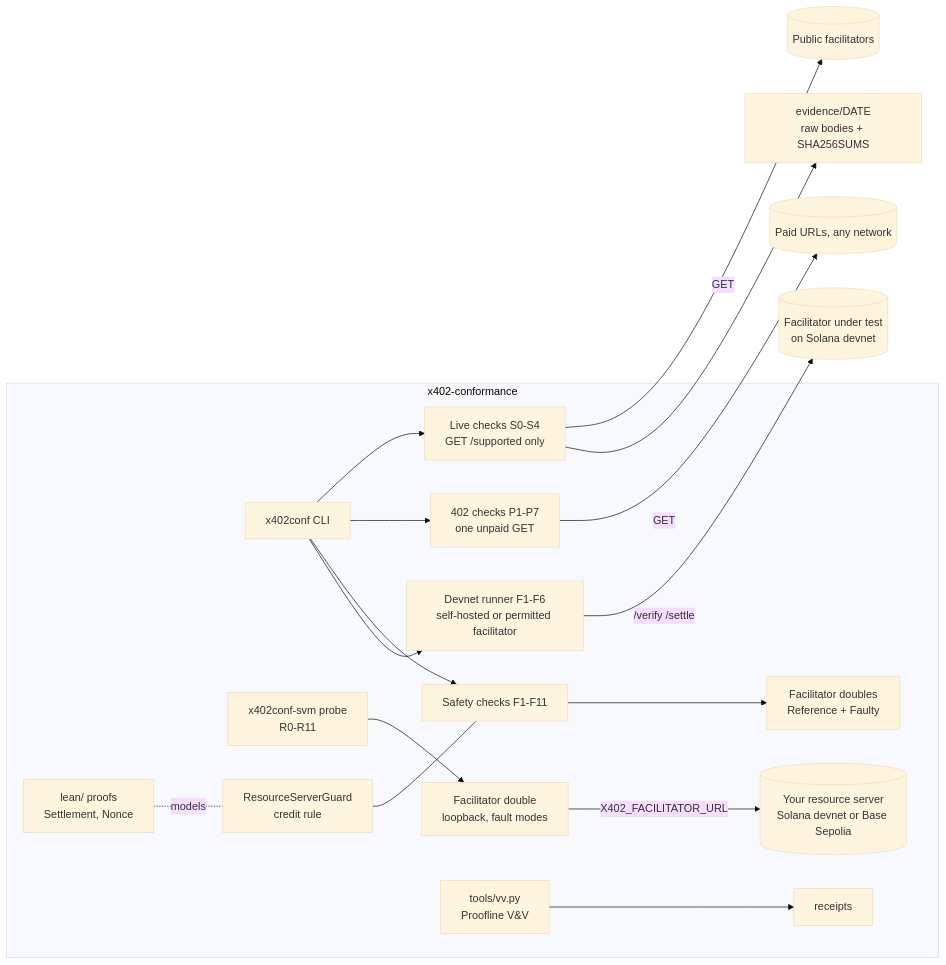
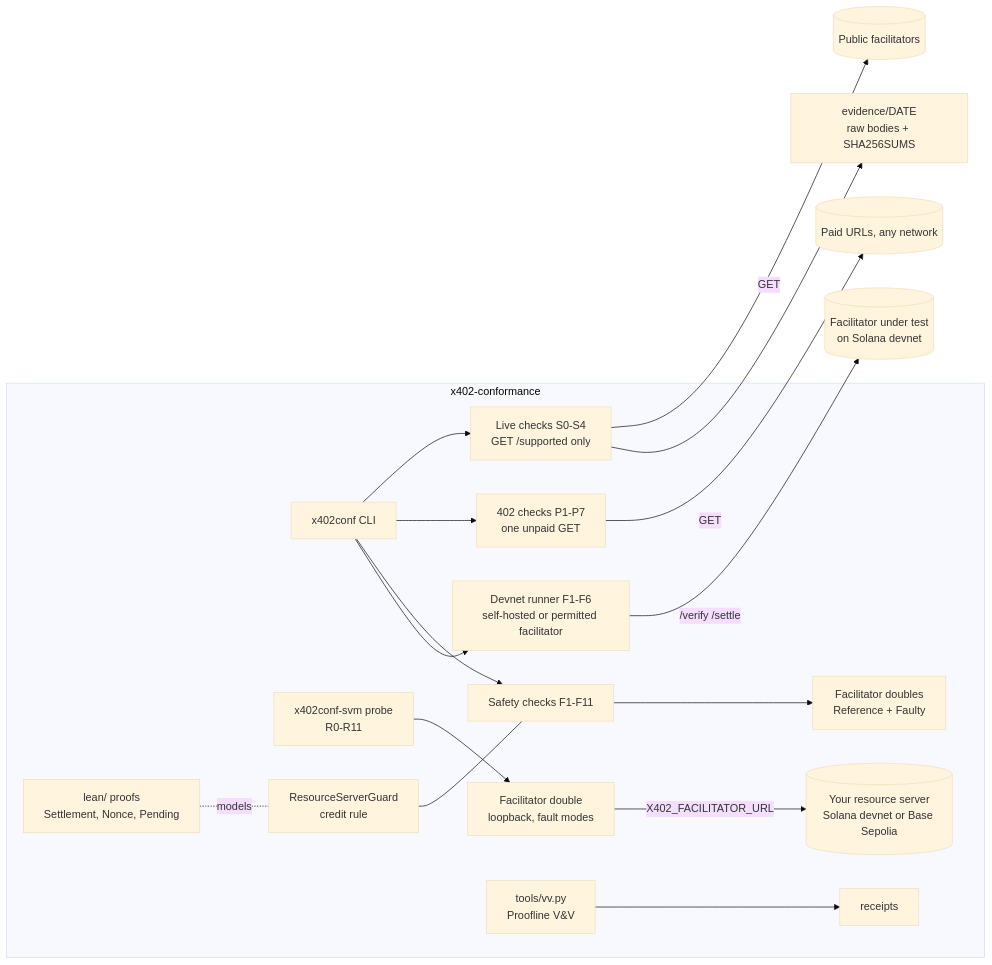
One commit to actions-marketplace-validations/atsp-protocol_x402-conformance changed the diagram in docs/ARCHITECTURE.md. Above: the diagram before and after it, drawn with Mermaid (base theme). The commit also changed other lines of this file and 8 other files, not shown here.

First line of the commit message:
Docs: sync README, USING, ARCHITECTURE, SPEC, CONTRIBUTING and the project page with main

````diff
--- a/docs/ARCHITECTURE.md
+++ b/docs/ARCHITECTURE.md
@@ -5,19 +5,19 @@
 ```mermaid
 flowchart LR
   subgraph suite[x402-conformance]
     CLI[x402conf CLI] --> LIVE[Live checks S0-S4<br/>GET /supported only]
     CLI --> RES[402 checks P1-P7<br/>one unpaid GET]
     PROBE[x402conf-svm probe<br/>R0-R11] --> DBL[Facilitator double<br/>loopback, fault modes]
     DBL -->|X402_FACILITATOR_URL| RS[(Your resource server<br/>Solana devnet or Base Sepolia)]
     CLI --> OFF[Safety checks F1-F11]
     OFF --> DOUBLES[Facilitator doubles<br/>Reference + Faulty]
     CLI --> DEVNET[Devnet runner F1-F6<br/>self-hosted or permitted facilitator]
     GUARD[ResourceServerGuard<br/>credit rule] --- OFF
-    LEAN[lean/ proofs<br/>Settlement, Nonce] -. models .- GUARD
+    LEAN[lean/ proofs<br/>Settlement, Nonce, Pending] -. models .- GUARD
     VV[tools/vv.py<br/>Proofline V&V] --> RCPT[receipts]
   end
   LIVE -->|GET| PUB[(Public facilitators)]
   RES -->|GET| PAID[(Paid URLs, any network)]
   DEVNET -->|/verify /settle| OWN[(Facilitator under test<br/>on Solana devnet)]
   LIVE --> EVID[evidence/DATE<br/>raw bodies + SHA256SUMS]
 ```
````
